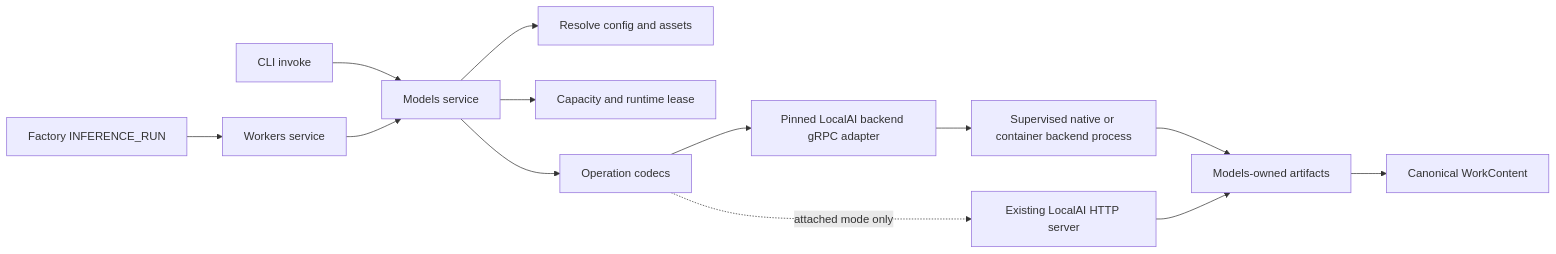
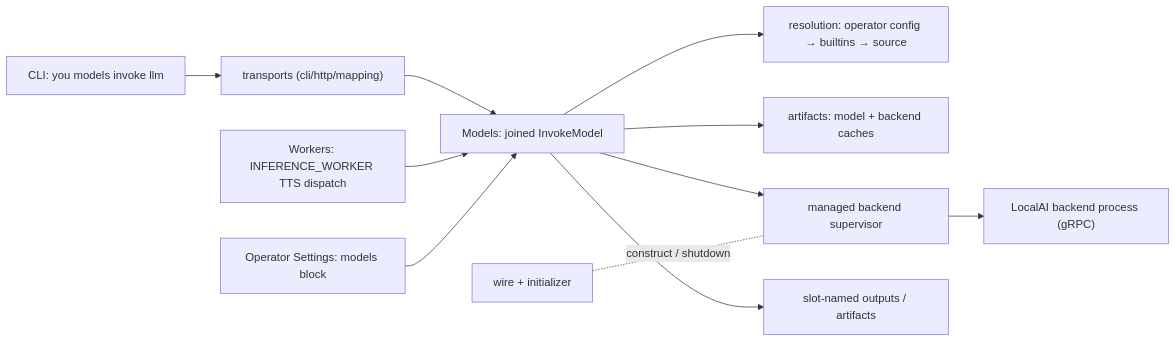
The first of 2 diagrams in docs/internal/development/plans/localai-extensions.md (portpowered/you-agent-factory), drawn with Mermaid before and after one commit. The commit also changed other lines of this file and 2 other files, not shown here.

````diff
--- a/docs/internal/development/plans/localai-extensions.md
+++ b/docs/internal/development/plans/localai-extensions.md
@@ -477,15 +353,13 @@
 ```mermaid
 flowchart LR
-    CLI["CLI invoke"] --> MODELS["Models service"]
-    GRAPH["Factory INFERENCE_RUN"] --> WORKERS["Workers service"]
-    WORKERS --> MODELS
-    MODELS --> RESOLVE["Resolve config and assets"]
-    MODELS --> LEASE["Capacity and runtime lease"]
-    MODELS --> CODEC["Operation codecs"]
-    CODEC --> GRPC["Pinned LocalAI backend gRPC adapter"]
-    GRPC --> PROC["Supervised native or container backend process"]
-    CODEC -. "attached mode only" .-> HTTP["Existing LocalAI HTTP server"]
-    PROC --> ART["Models-owned artifacts"]
-    HTTP --> ART
-    ART --> WC["Canonical WorkContent"]
+    CLI["CLI: you models invoke llm"] --> HTTPT["transports (cli/http/mapping)"]
+    HTTPT --> MODELS["Models: joined InvokeModel"]
+    WORKERS["Workers: INFERENCE_WORKER TTS dispatch"] --> MODELS
+    OPS["Operator Settings: models block"] --> MODELS
+    MODELS --> RES["resolution: operator config → builtins → source"]
+    MODELS --> ART["artifacts: model + backend caches"]
+    MODELS --> SUP["managed backend supervisor"]
+    SUP --> PROC["LocalAI backend process (gRPC)"]
+    MODELS --> OUT["slot-named outputs / artifacts"]
+    WIRE["wire + initializer"] -. construct / shutdown .- SUP
 ```
````
